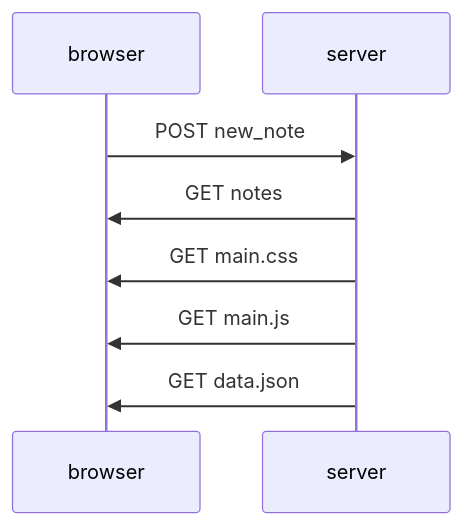
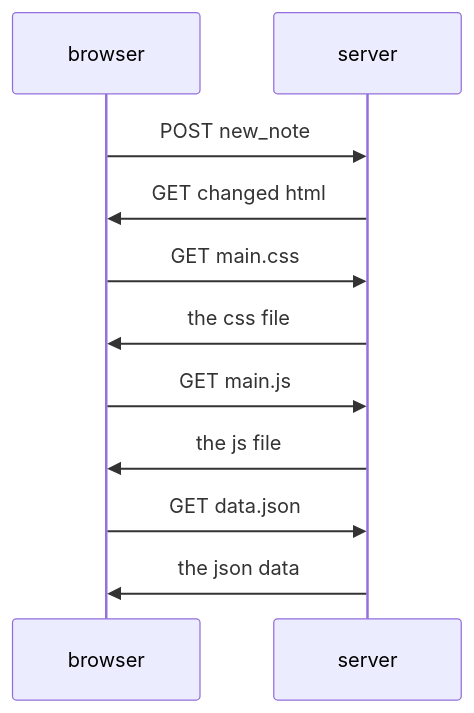
The diagram in osa0/sekvenssikaavio.md (vilibur/Fullstack), drawn with Mermaid before and after one commit.

Commit message:
added responses

````diff
--- a/osa0/sekvenssikaavio.md
+++ b/osa0/sekvenssikaavio.md
@@ -1,14 +1,17 @@
 ```mermaid
 sequenceDiagram
     participant browser
     participant server
 
     browser->>server: POST new_note
-    server->>browser: GET notes
+    server->>browser: GET changed html
 
-    server->>browser: GET main.css
+    browser->>server: GET main.css
+    server->>browser: the css file
 
-    server->>browser: GET main.js
+    browser->>server: GET main.js
+    server->>browser: the js file
 
-    server->>browser: GET data.json
+    browser->>server: GET data.json
+    server->>browser: the json data
 ```
````
